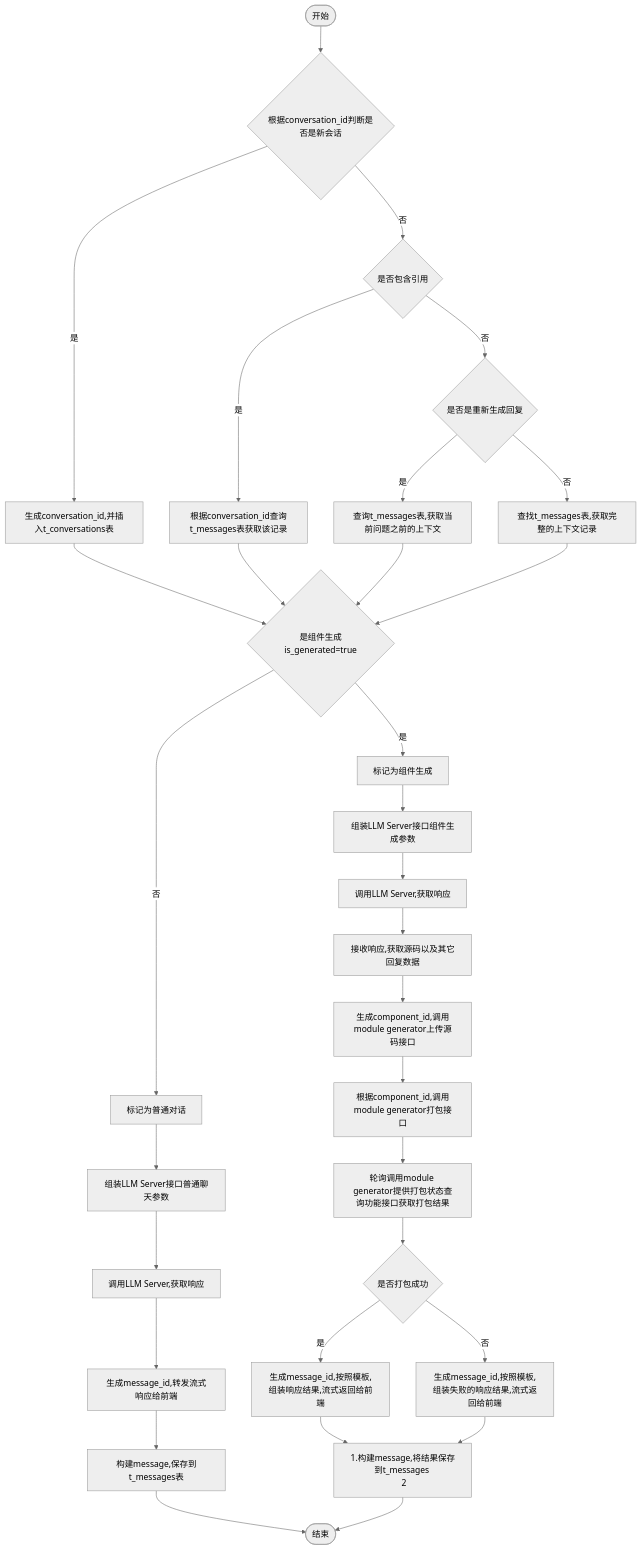
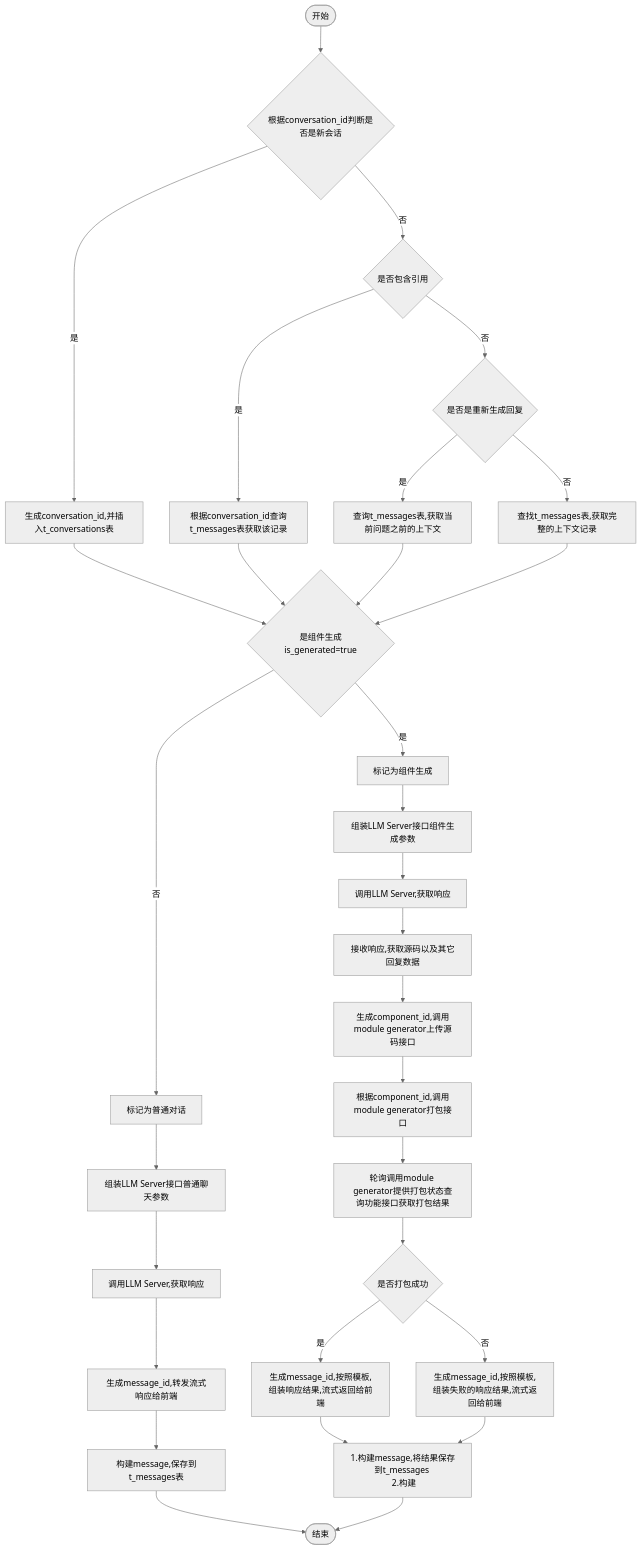
One commit to yingjianzh/iodraw-files changed the diagram in all/v0.1.0会话.md. Above: the diagram before and after it, drawn with Mermaid (neutral theme).

Commit message:
2024-10-12 17:21:57 update

````diff
--- a/all/v0.1.0会话.md
+++ b/all/v0.1.0会话.md
@@ -1,34 +1,34 @@
 ```mermaid
 flowchart TD
     A([开始]) --> B{根据conversation_id判断是否是新会话}
     B -- 是 --> C[生成conversation_id,并插入t_conversations表]
     B -- 否 --> D{是否包含引用}
     D -- 是 --> E[根据conversation_id查询t_messages表获取该记录]
     D -- 否 --> F{是否是重新生成回复}
     F -- 是 --> G[查询t_messages表,获取当前问题之前的上下文]
     F -- 否 --> H[查找t_messages表,获取完整的上下文记录]
      
     C & E & G & H --> I{是组件生成is_generated=true}
     I -- 是 --> J[标记为组件生成]
     I -- 否 --> K[标记为普通对话]
 
     J --> L[组装LLM Server接口组件生成参数]    
     K --> M[组装LLM Server接口普通聊天参数]    
     M --> N[调用LLM Server,获取响应]    
     N --> O[生成message_id,转发流式响应给前端]
     O --> P[构建message,保存到t_messages表]
     P --> R([结束])
 
 
     L --> S[调用LLM Server,获取响应]
     S --> T[接收响应,获取源码以及其它回复数据]
     T --> U[生成component_id,调用module generator上传源码接口]
     U --> V[根据component_id,调用module generator打包接口]
     V --> W[轮询调用module generator提供打包状态查询功能接口获取打包结果]
     W --> X{是否打包成功}
     X -- 是 --> Y[生成message_id,按照模板,组装响应结果,流式返回给前端]
     X -- 否 --> Z[生成message_id,按照模板,组装失败的响应结果,流式返回给前端]
 
-    Y & Z --> Result[1.构建message,将结果保存到t_messages \n 2]
+    Y & Z --> Result[1.构建message,将结果保存到t_messages \n 2.构建]
     Result --> R
 ```
````
